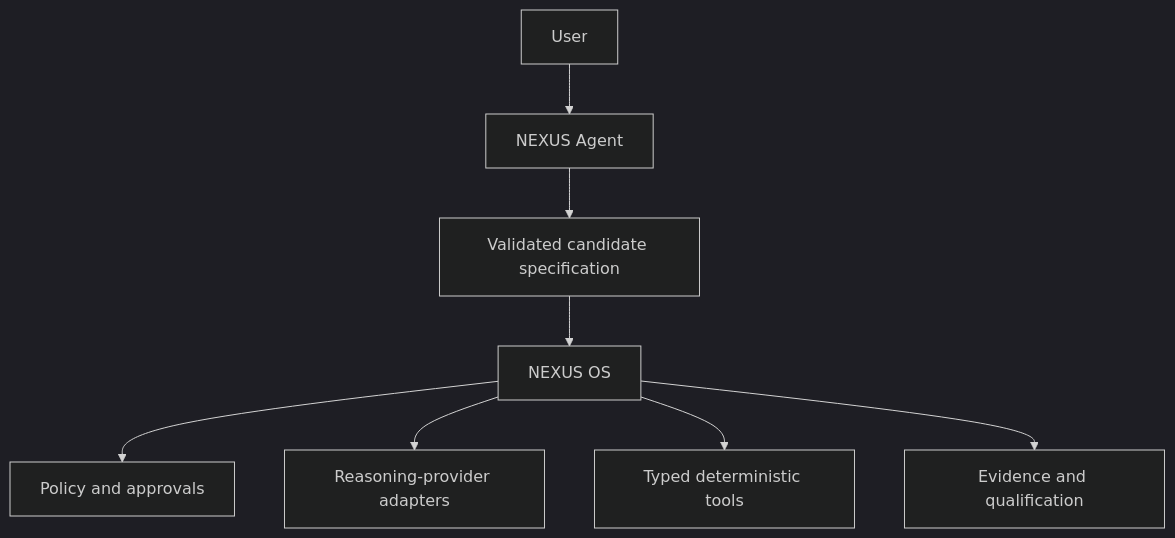
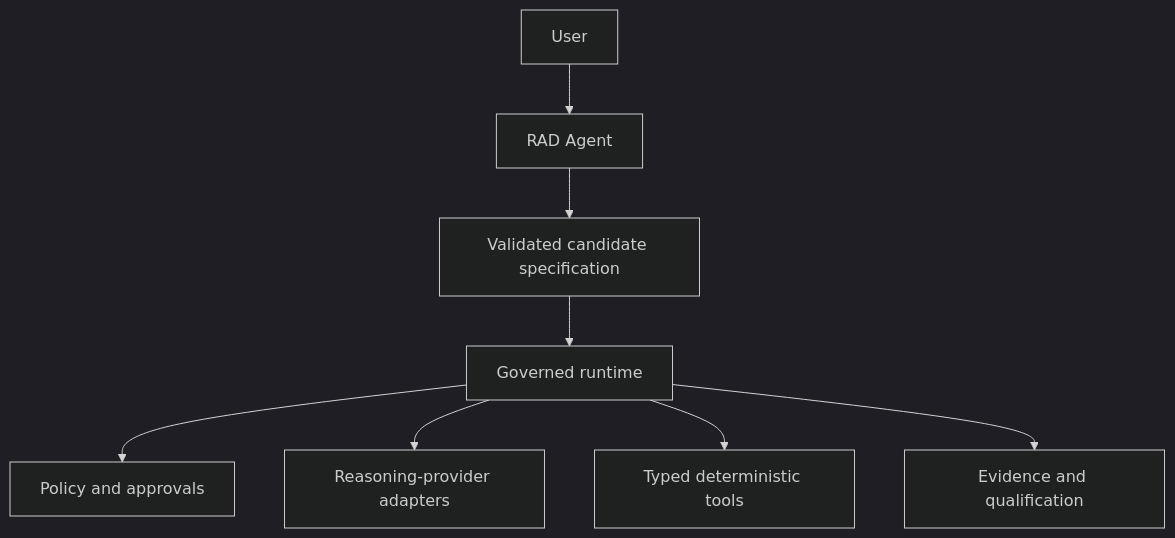
The second of 2 diagrams in docs/architecture/ARCHITECTURE.md (sciencemaths-collab/rad-forge-nexus-os), drawn with Mermaid (dark theme) before and after one commit. The commit also changed other lines of this file and 18 other files, not shown here.

First line of the commit message:
Phase 6A: make RAD Agent public names canonical (#54)

````diff
--- a/docs/architecture/ARCHITECTURE.md
+++ b/docs/architecture/ARCHITECTURE.md
@@ -39,10 +39,10 @@
 ```mermaid
 flowchart TD
-  U["User"] --> A["NEXUS Agent"]
+  U["User"] --> A["RAD Agent"]
   A --> C["Validated candidate specification"]
-  C --> O["NEXUS OS"]
+  C --> O["Governed runtime"]
   O --> P["Policy and approvals"]
   O --> R["Reasoning-provider adapters"]
   O --> T["Typed deterministic tools"]
   O --> E["Evidence and qualification"]
 ```
````
